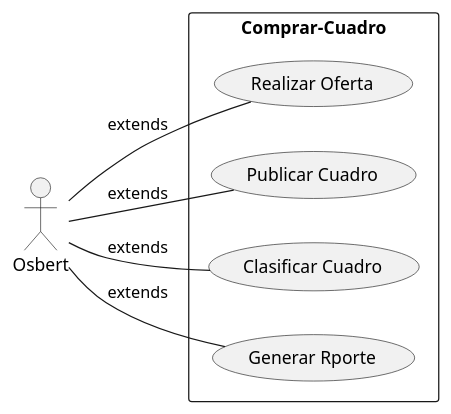
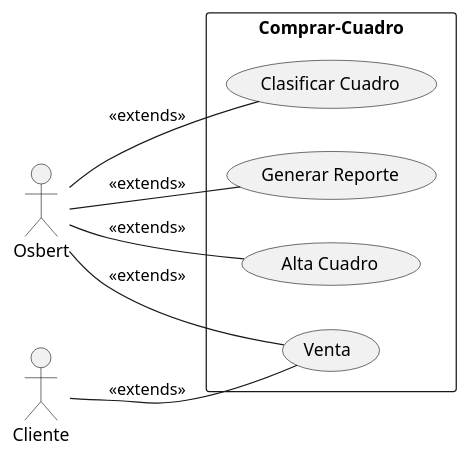
Before and after one commit to axgtz/AyM-de-Sistemas-de-Software: the diagram in Actividades/osbert/CasoDeUso.puml, drawn with PlantUML. The commit also changed 1 other file, not shown here.

```diff
--- a/Actividades/osbert/CasoDeUso.puml
+++ b/Actividades/osbert/CasoDeUso.puml
@@ -1,11 +1,13 @@
 @startuml
 left to right direction
 skinparam packageStyle rectangle
 actor Osbert
+actor Cliente
 rectangle Comprar-Cuadro {
-  Osbert -- ( Realizar Oferta) : extends
-  Osbert -- ( Publicar Cuadro) : extends
-  Osbert -- ( Clasificar Cuadro) : extends
-  Osbert -- ( Generar Rporte) : extends
+  Cliente -- (Venta): <<extends>>
+  Osbert -- (Venta): <<extends>>
+  Osbert -- ( Alta Cuadro) : <<extends>>
+  Osbert -- ( Clasificar Cuadro) : <<extends>>
+  Osbert -- ( Generar Reporte) : <<extends>>
 }
 @enduml
```
